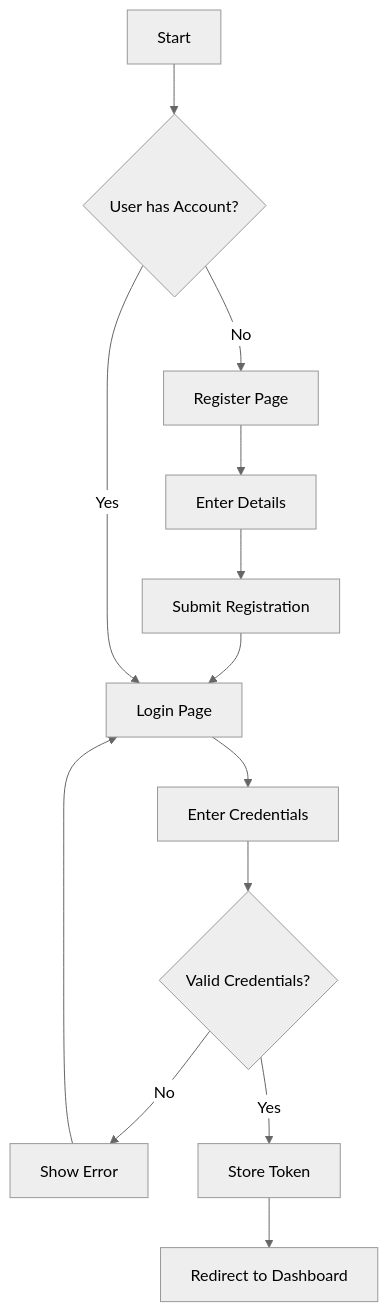
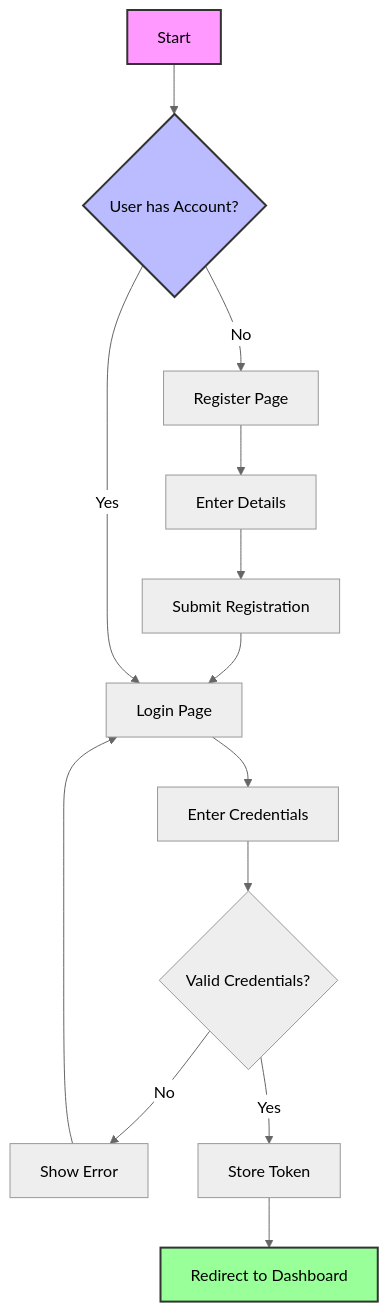
The first of 2 diagrams in readme.md (mahammadanish321/Vesso-The_task_manager_F), drawn with Mermaid (neutral theme) before and after one commit. The commit also changed other lines of this file, not shown here.

Commit message:
docs: Revamp README with a new header, badges, detailed feature table, updated tech stack, and enhanced architecture diagrams.

````diff
--- a/readme.md
+++ b/readme.md
@@ -36,15 +54,18 @@
 ```mermaid
 graph TD
     A[Start] --> B{User has Account?}
+    style A fill:#f9f,stroke:#333,stroke-width:2px
+    style B fill:#bbf,stroke:#333,stroke-width:2px
     B -- No --> C[Register Page]
     C --> D[Enter Details]
     D --> E[Submit Registration]
     E --> F[Login Page]
     B -- Yes --> F
     F --> G[Enter Credentials]
     G --> H{Valid Credentials?}
     H -- No --> I[Show Error]
     I --> F
     H -- Yes --> J[Store Token]
     J --> K[Redirect to Dashboard]
+    style K fill:#9f9,stroke:#333,stroke-width:2px
 ```
````
